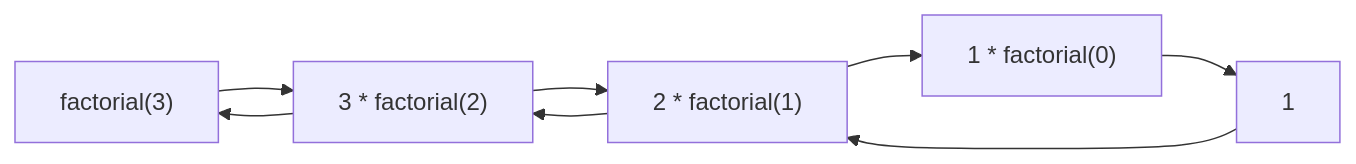
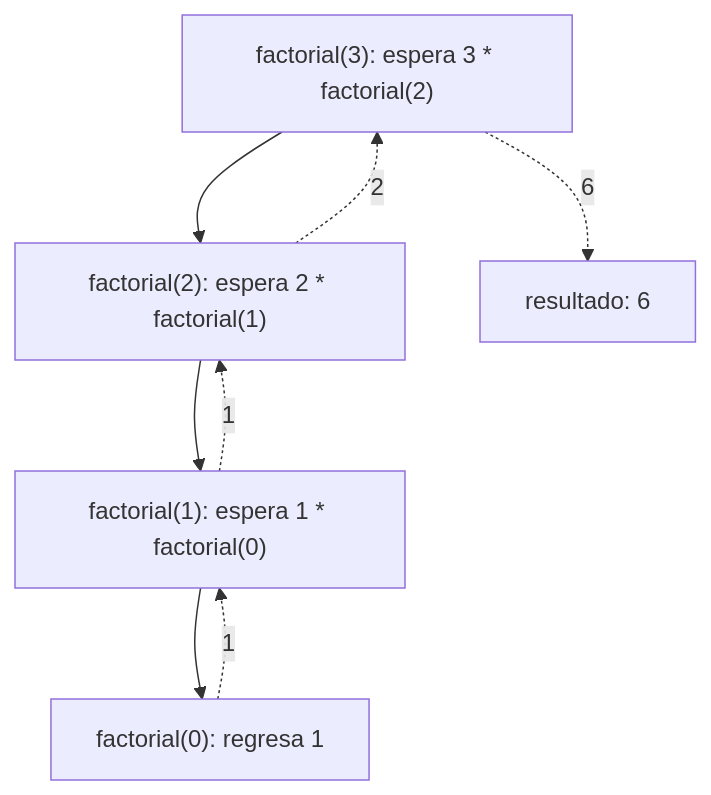
One commit to djaimej/computer-science-template changed the diagram in public/documents/semester-1/3/1346.md. Above: the diagram before and after it, drawn with Mermaid. The commit also changed other lines of this file and 5 other files, not shown here.

````diff
--- a/public/documents/semester-1/3/1346.md
+++ b/public/documents/semester-1/3/1346.md
@@ -54,5 +48,10 @@
 ```mermaid
-flowchart LR
-  F3["factorial(3)"] --> F2["3 * factorial(2)"] --> F1["2 * factorial(1)"]
-  F1 --> F0["1 * factorial(0)"] --> UNO["1"] --> F1 --> F2 --> F3
+flowchart TB
+  A["factorial(3): espera 3 * factorial(2)"] --> B["factorial(2): espera 2 * factorial(1)"]
+  B --> C["factorial(1): espera 1 * factorial(0)"]
+  C --> D["factorial(0): regresa 1"]
+  D -. "1" .-> C
+  C -. "1" .-> B
+  B -. "2" .-> A
+  A -. "6" .-> R["resultado: 6"]
 ```
````
